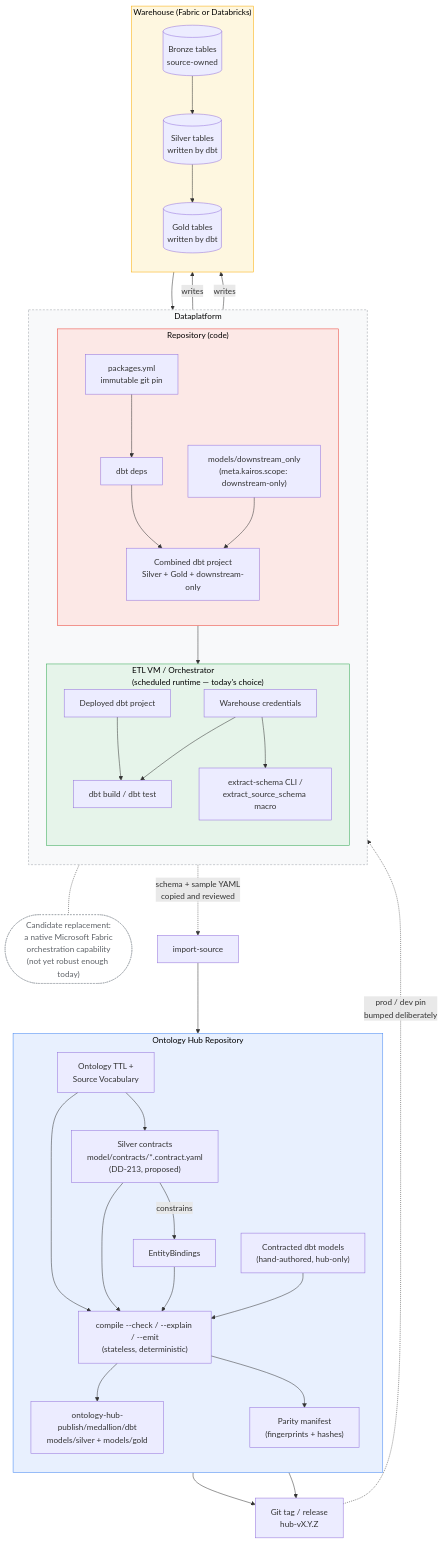
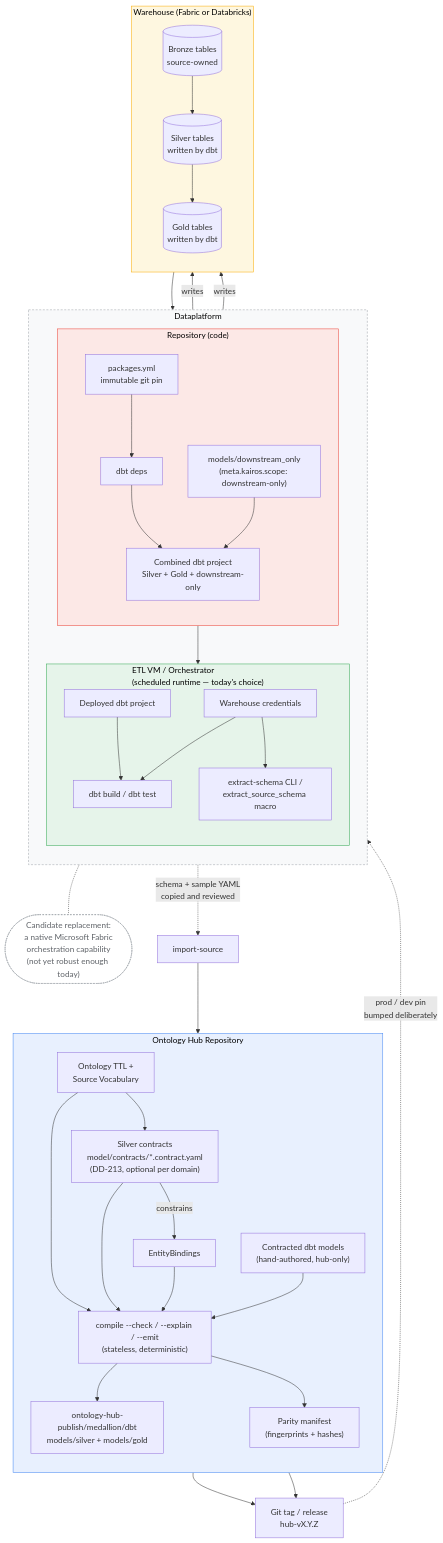
One commit to Cnext-eu/kairos-ontology-toolkit changed the diagram in docs/design/ontology-dbt-dataplatform-design-architecture.md. Above: the diagram before and after it, drawn with Mermaid. The commit also changed other lines of this file and 8 other files, not shown here.

```diff
--- a/docs/design/ontology-dbt-dataplatform-design-architecture.md
+++ b/docs/design/ontology-dbt-dataplatform-design-architecture.md
@@ -24,7 +24,7 @@
     subgraph HUB["Ontology Hub Repository"]
         direction TB
         ONT["Ontology TTL +<br/>Source Vocabulary"]
-        CONTRACT["Silver contracts<br/>model/contracts/*.contract.yaml<br/>(DD-213, proposed)"]
+        CONTRACT["Silver contracts<br/>model/contracts/*.contract.yaml<br/>(DD-213, optional per domain)"]
         BIND["EntityBindings"]
         CDBT["Contracted dbt models<br/>(hand-authored, hub-only)"]
         COMPILE["compile --check / --explain / --emit<br/>(stateless, deterministic)"]
```
